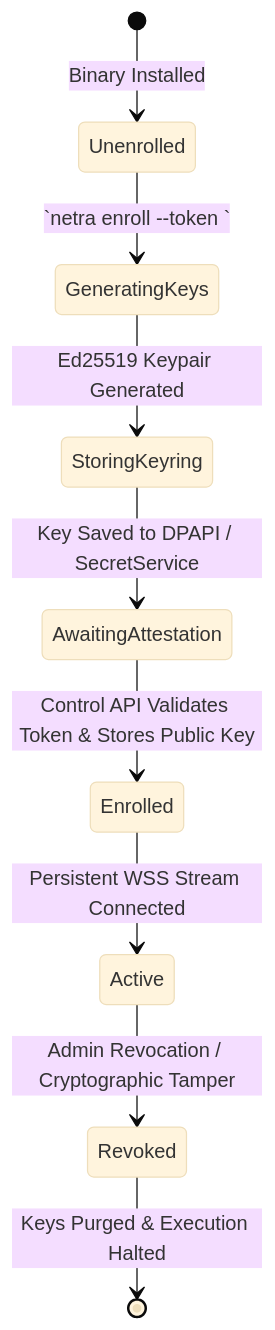
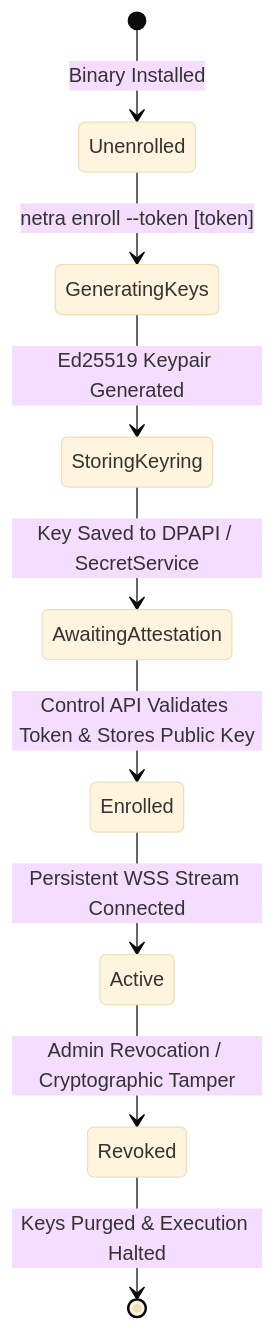
One commit to Subhadip-Paul2006/NETRA-Backend changed the third of 13 diagrams in docs/SYSTEM_DESIGN.md. Above: the diagram before and after it, drawn with Mermaid (base theme). The commit also changed other lines of this file and 14 other files, not shown here.

Commit message:
fix(docs): resolve GitHub Mermaid diagram lexical errors and KaTeX math formatting across all specifications

````diff
--- a/docs/SYSTEM_DESIGN.md
+++ b/docs/SYSTEM_DESIGN.md
@@ -111,11 +111,11 @@
 ```mermaid
 stateDiagram-v2
     [*] --> Unenrolled: Binary Installed
-    Unenrolled --> GeneratingKeys: `netra enroll --token <token>`
+    Unenrolled --> GeneratingKeys: netra enroll --token [token]
     GeneratingKeys --> StoringKeyring: Ed25519 Keypair Generated
     StoringKeyring --> AwaitingAttestation: Key Saved to DPAPI / SecretService
     AwaitingAttestation --> Enrolled: Control API Validates Token & Stores Public Key
     Enrolled --> Active: Persistent WSS Stream Connected
     Active --> Revoked: Admin Revocation / Cryptographic Tamper
     Revoked --> [*]: Keys Purged & Execution Halted
 ```
````
